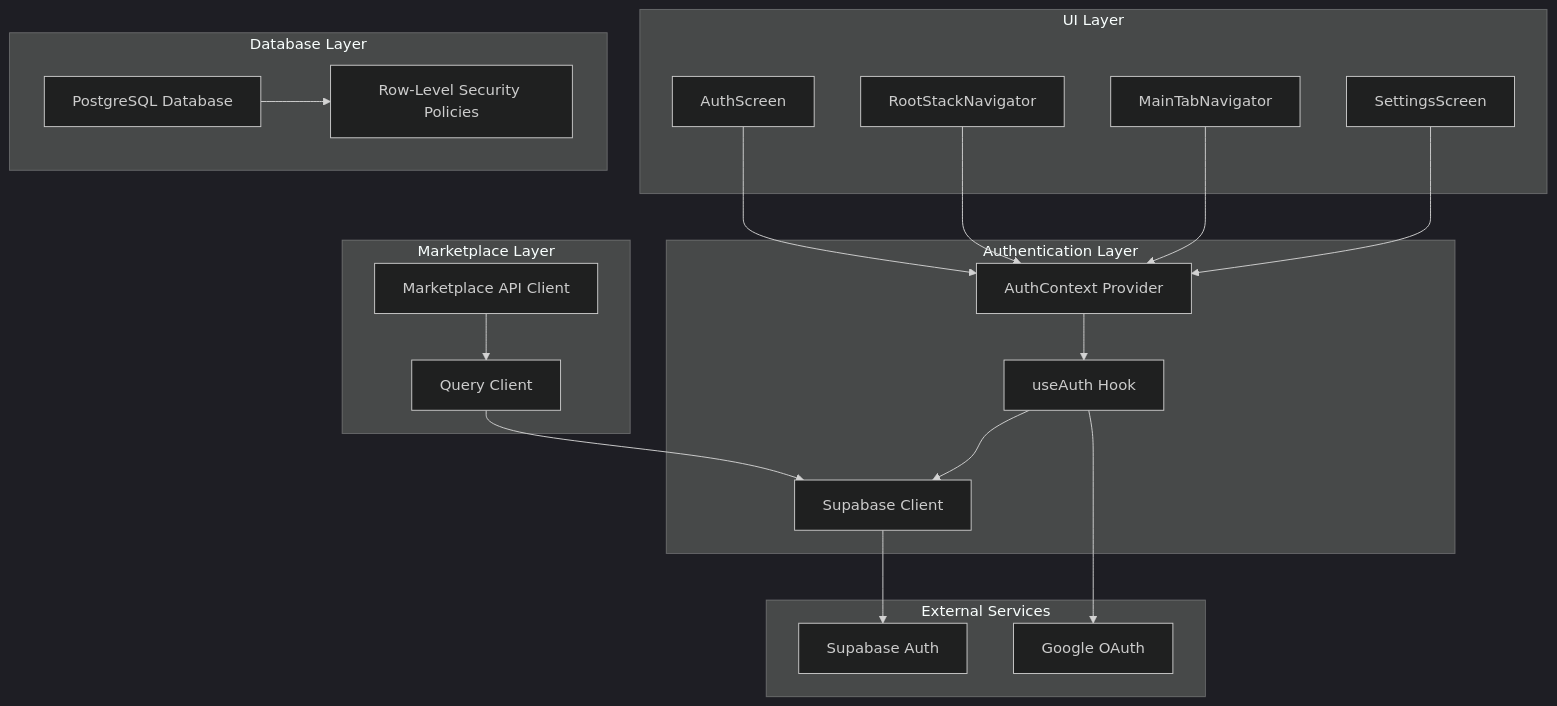
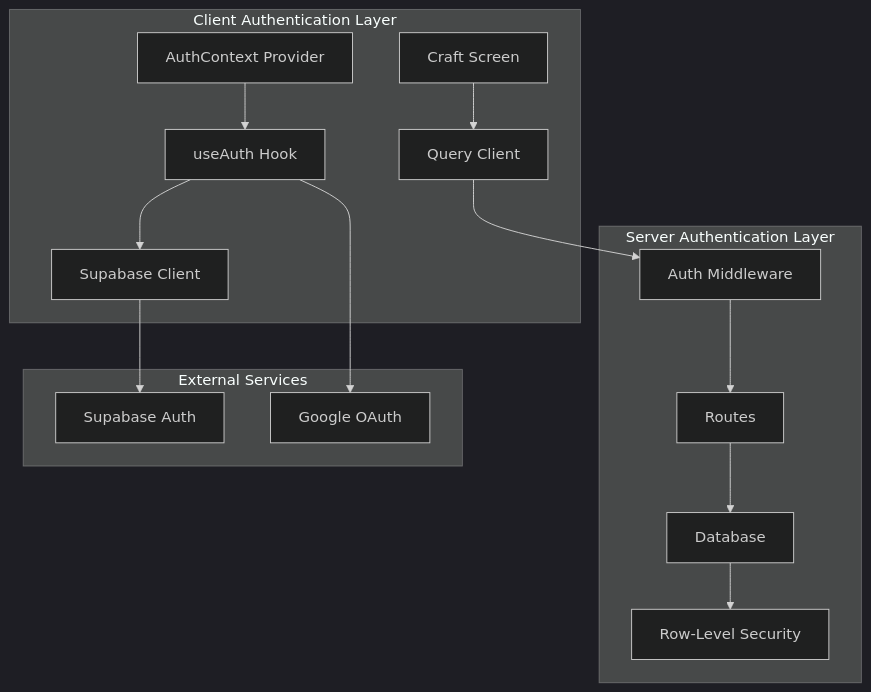
One commit to hunglevi87/Hidden-Gem changed the first of 13 diagrams in .qoder/repowiki/en/content/User Management/Authentication System.md. Above: the diagram before and after it, drawn with Mermaid (dark theme). The commit also changed other lines of this file and 14 other files, not shown here.

````diff
--- a/.qoder/repowiki/en/content/User Management/Authentication System.md
+++ b/.qoder/repowiki/en/content/User Management/Authentication System.md
@@ -65,37 +67,29 @@
 ```mermaid
 graph TB
-subgraph "Authentication Layer"
+subgraph "Client Authentication Layer"
 AC[AuthContext Provider]
 UA[useAuth Hook]
 SB[Supabase Client]
+QC[Query Client]
+CS[Craft Screen]
 end
-subgraph "UI Layer"
-AS[AuthScreen]
-RS[RootStackNavigator]
-MTN[MainTabNavigator]
-SS[SettingsScreen]
-end
-subgraph "Marketplace Layer"
-MP[Marketplace API Client]
-QC[Query Client]
-end
-subgraph "Database Layer"
-DB[PostgreSQL Database]
-RLS[Row-Level Security Policies]
+subgraph "Server Authentication Layer"
+AM[Auth Middleware]
+RT[Routes]
+DB[Database]
+RLS[Row-Level Security]
 end
 subgraph "External Services"
 SUP[Supabase Auth]
 GOOGLE[Google OAuth]
 end
 AC --> UA
 UA --> SB
-AS --> AC
-RS --> AC
-MTN --> AC
-SS --> AC
-MP --> QC
-QC --> SB
+CS --> QC
+QC --> AM
+AM --> RT
+RT --> DB
+DB --> RLS
 SB --> SUP
 UA --> GOOGLE
-DB --> RLS
 ```
````
